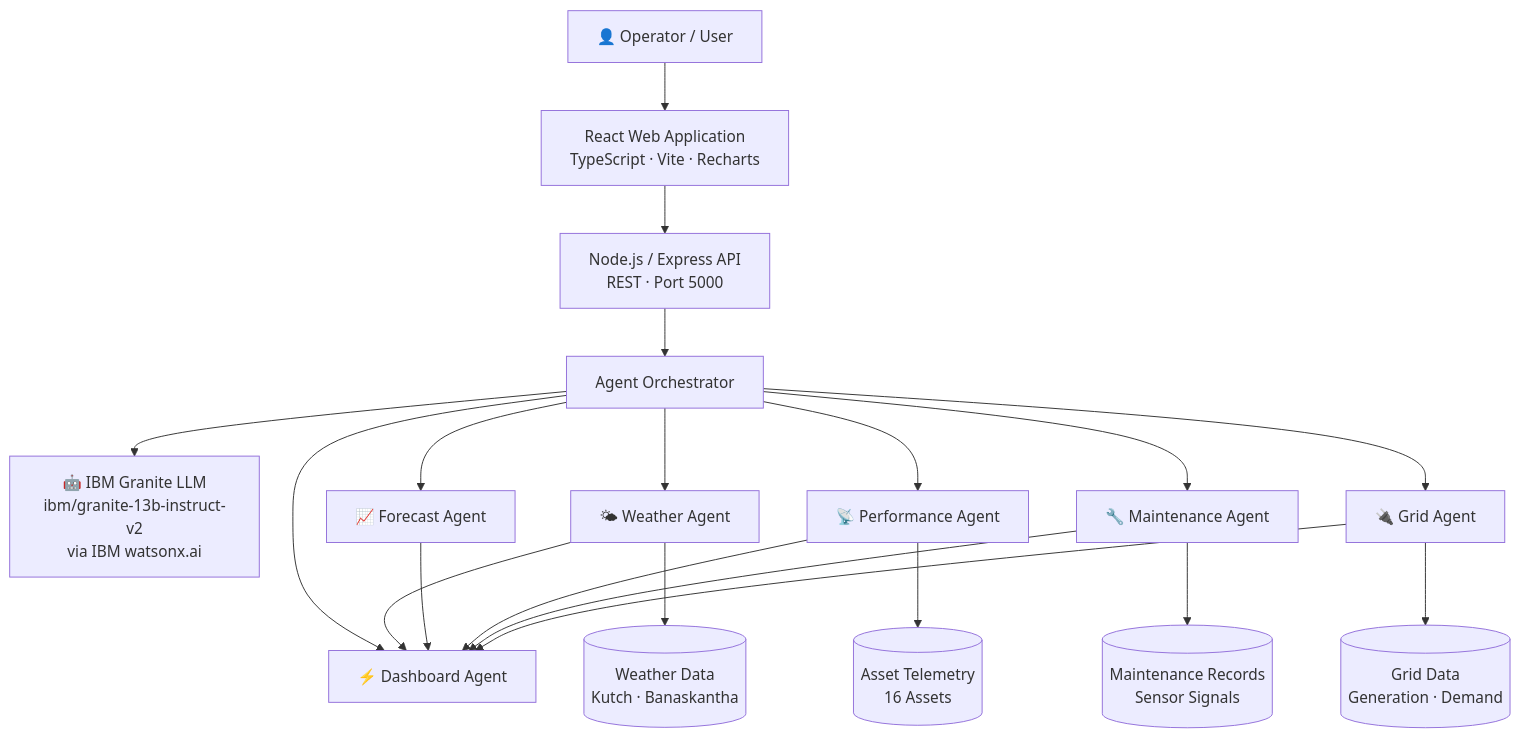
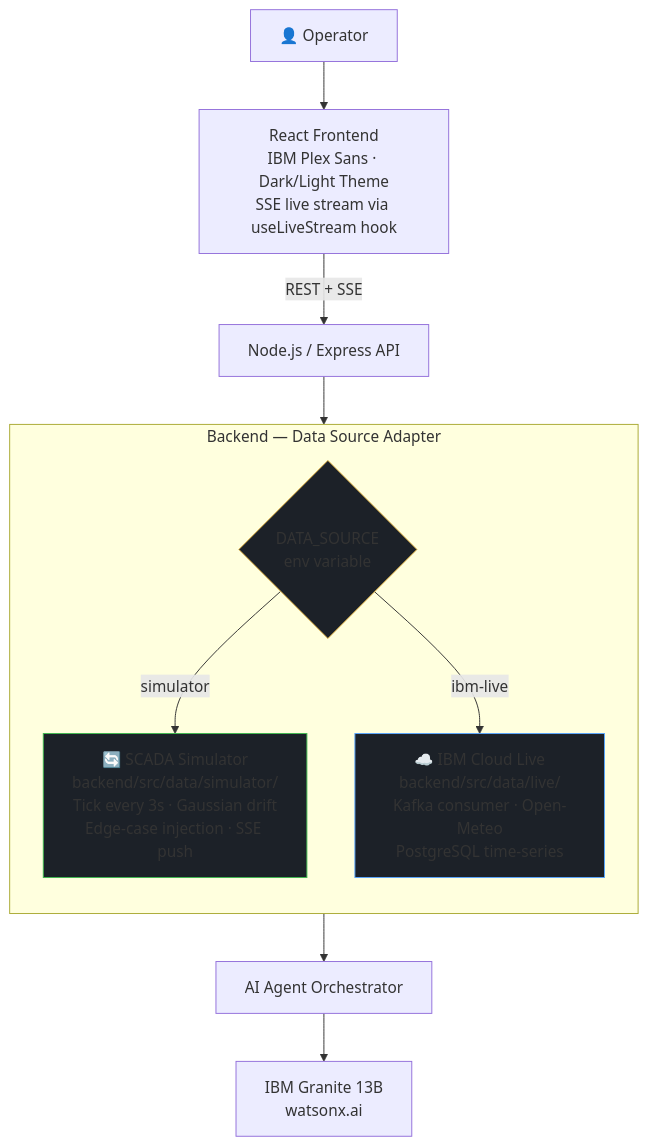
Before and after one commit to kyt47000/GreenPulse-AI: the diagram in README.md, drawn with Mermaid. The commit also changed other lines of this file and 36 other files, not shown here.

````diff
--- a/README.md
+++ b/README.md
@@ -78,18 +85,23 @@
 ```mermaid
 flowchart TD
-    U[👤 Operator / User] --> FE[React Web Application\nTypeScript · Vite · Recharts]
-    FE --> API[Node.js / Express API\nREST · Port 5000]
-    API --> ORCH[Agent Orchestrator]
-    ORCH --> GRANITE[🤖 IBM Granite LLM\nibm/granite-13b-instruct-v2\nvia IBM watsonx.ai]
-    ORCH --> A1[🌤 Weather Agent]
-    ORCH --> A2[📈 Forecast Agent]
-    ORCH --> A3[📡 Performance Agent]
-    ORCH --> A4[🔧 Maintenance Agent]
-    ORCH --> A5[🔌 Grid Agent]
-    ORCH --> A6[⚡ Dashboard Agent]
-    A1 & A2 & A3 & A4 & A5 --> A6
-    A3 --> DATA[(Asset Telemetry\n16 Assets)]
-    A1 --> WEATHER[(Weather Data\nKutch · Banaskantha)]
-    A5 --> GRID[(Grid Data\nGeneration · Demand)]
-    A4 --> MAINT[(Maintenance Records\nSensor Signals)]
+    U[👤 Operator] --> FE[React Frontend\nIBM Plex Sans · Dark/Light Theme\nSSE live stream via useLiveStream hook]
+
+    FE -->|REST + SSE| API[Node.js / Express API]
+
+    subgraph BACKEND["Backend — Data Source Adapter"]
+        direction TB
+        SW{DATA_SOURCE\nenv variable}
+        SIM[🔄 SCADA Simulator\nbackend/src/data/simulator/\nTick every 3s · Gaussian drift\nEdge-case injection · SSE push]
+        LIVE[☁️ IBM Cloud Live\nbackend/src/data/live/\nKafka consumer · Open-Meteo\nPostgreSQL time-series]
+        SW -->|simulator| SIM
+        SW -->|ibm-live| LIVE
+    end
+
+    API --> SW
+    SW --> AGENTS[AI Agent Orchestrator]
+    AGENTS --> GRANITE[IBM Granite 13B\nwatsonx.ai]
+
+    style SIM fill:#1c2128,stroke:#3fb950
+    style LIVE fill:#1c2128,stroke:#58a6ff
+    style SW  fill:#1c2128,stroke:#e3b341
 ```
````
